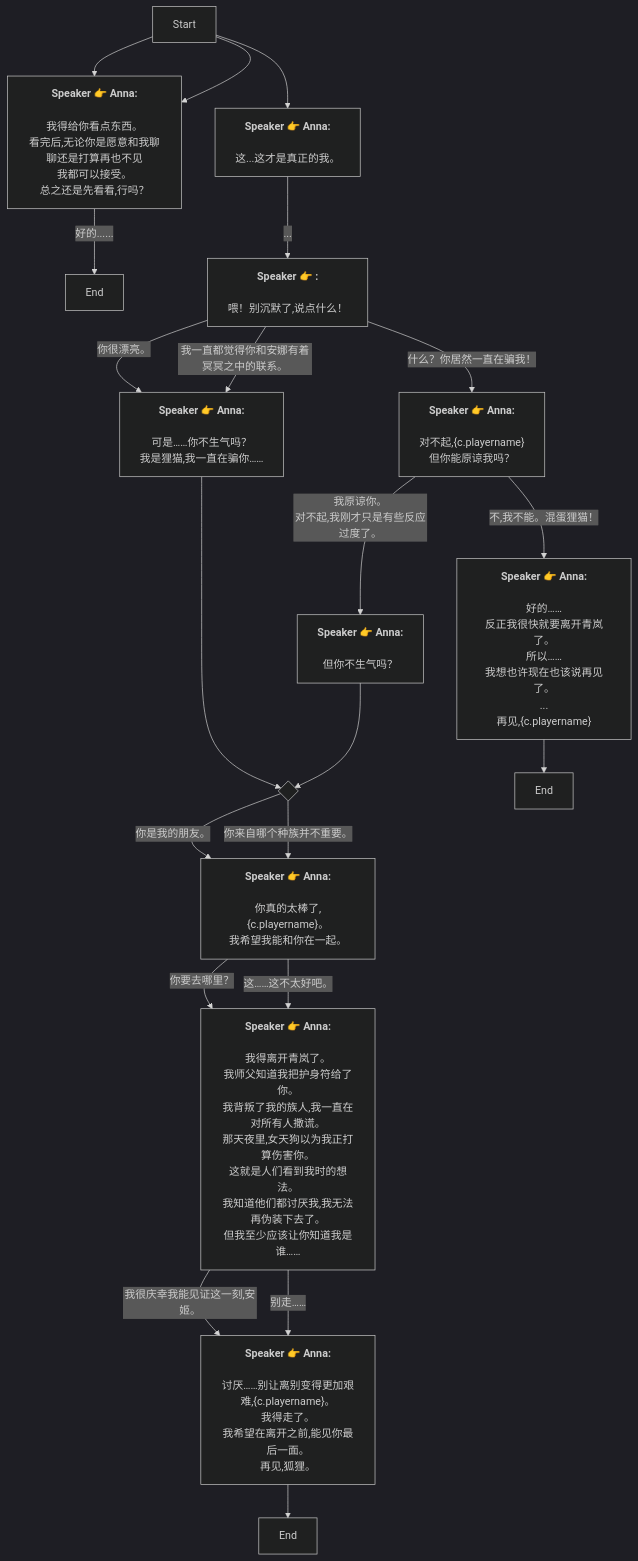
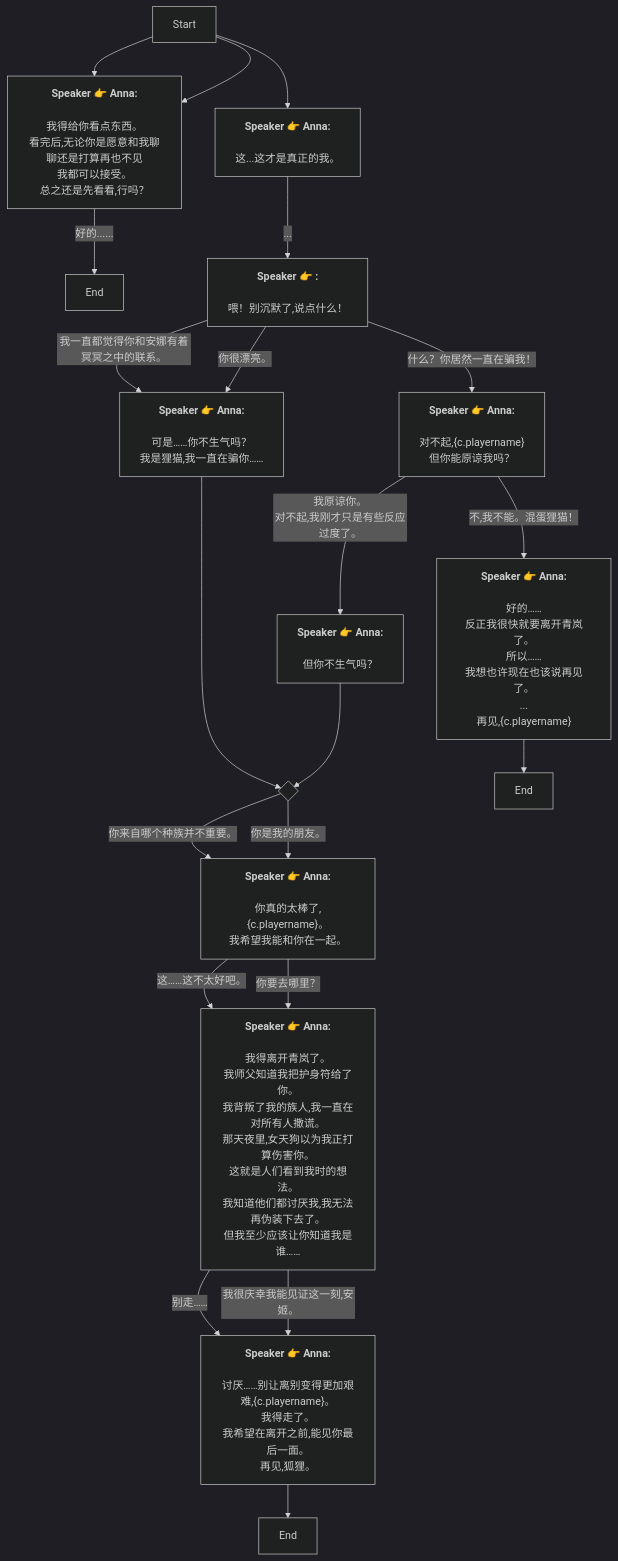
The diagram in Zh/heart_4_6_2_8.md (SoftHu/tos_avg), drawn with Mermaid (dark theme) before and after one commit. The commit also changed other lines of this file and 780 other files, not shown here.

````diff
--- a/Zh/heart_4_6_2_8.md
+++ b/Zh/heart_4_6_2_8.md
@@ -1,45 +1,45 @@
 ```mermaid
 graph
 Start -->1766672157337891[<b>Speaker 👉 Anna:</b>
 \n我得给你看点东西。\n看完后,无论你是愿意和我聊聊还是打算再也不见
 我都可以接受。\n总之还是先看看,行吗？]
 Start -->1766672157337891[<b>Speaker 👉 Anna:</b>
 \n我得给你看点东西。\n看完后,无论你是愿意和我聊聊还是打算再也不见
 我都可以接受。\n总之还是先看看,行吗？]
 1766672157337891 -->|好的......|1766681055228200[End]
 Start -->1766681208037674[<b>Speaker 👉 Anna:</b>
 \n这...这才是真正的我。]
 1766681208037674 -->|...|1766683664729456[<b>Speaker 👉 :</b>
 \n喂！别沉默了,说点什么！]
+1766683664729456 -->|我一直都觉得你和安娜有着冥冥之中的联系。|1766683755688306[<b>Speaker 👉 Anna:</b>
+\n可是……你不生气吗？\n我是狸猫,我一直在骗你……]
 1766683664729456 -->|什么？你居然一直在骗我！|1766683789556083[<b>Speaker 👉 Anna:</b>
 \n对不起,&lbrace;c.playername&rbrace;
 但你能原谅我吗？]
 1766683664729456 -->|你很漂亮。|1766683755688306[<b>Speaker 👉 Anna:</b>
 \n可是……你不生气吗？\n我是狸猫,我一直在骗你……]
-1766683664729456 -->|我一直都觉得你和安娜有着冥冥之中的联系。|1766683755688306[<b>Speaker 👉 Anna:</b>
-\n可是……你不生气吗？\n我是狸猫,我一直在骗你……]
 1766683755688306 -->441670938922076{ }
+1766685693769091 -->|这……这不太好吧。|1766685732531593[<b>Speaker 👉 Anna:</b>
+\n我得离开青岚了。\n我师父知道我把护身符给了你。\n我背叛了我的族人,我一直在对所有人撒谎。\n那天夜里,女天狗以为我正打算伤害你。\n这就是人们看到我时的想法。\n我知道他们都讨厌我,我无法再伪装下去了。\n但我至少应该让你知道我是谁……]
 1766685693769091 -->|你要去哪里？|1766685732531593[<b>Speaker 👉 Anna:</b>
 \n我得离开青岚了。\n我师父知道我把护身符给了你。\n我背叛了我的族人,我一直在对所有人撒谎。\n那天夜里,女天狗以为我正打算伤害你。\n这就是人们看到我时的想法。\n我知道他们都讨厌我,我无法再伪装下去了。\n但我至少应该让你知道我是谁……]
-1766685693769091 -->|这……这不太好吧。|1766685732531593[<b>Speaker 👉 Anna:</b>
-\n我得离开青岚了。\n我师父知道我把护身符给了你。\n我背叛了我的族人,我一直在对所有人撒谎。\n那天夜里,女天狗以为我正打算伤害你。\n这就是人们看到我时的想法。\n我知道他们都讨厌我,我无法再伪装下去了。\n但我至少应该让你知道我是谁……]
+1766685732531593 -->|别走……|1766685833229711[<b>Speaker 👉 Anna:</b>
+\n讨厌……别让离别变得更加艰难,&lbrace;c.playername&rbrace;。\n我得走了。\n我希望在离开之前,能见你最后一面。\n再见,狐狸。]
 1766685732531593 -->|我很庆幸我能见证这一刻,安姬。|1766685833229711[<b>Speaker 👉 Anna:</b>
 \n讨厌……别让离别变得更加艰难,&lbrace;c.playername&rbrace;。\n我得走了。\n我希望在离开之前,能见你最后一面。\n再见,狐狸。]
-1766685732531593 -->|别走……|1766685833229711[<b>Speaker 👉 Anna:</b>
-\n讨厌……别让离别变得更加艰难,&lbrace;c.playername&rbrace;。\n我得走了。\n我希望在离开之前,能见你最后一面。\n再见,狐狸。]
 1766685833229711 -->1766685840648592[End]
-1766683789556083 -->|不,我不能。混蛋狸猫！|1766685169377657[<b>Speaker 👉 Anna:</b>
-\n好的……\n反正我很快就要离开青岚了。\n所以……\n我想也许现在也该说再见了。\n...\n再见,&lbrace;c.playername&rbrace;]
 1766683789556083 -->|我原谅你。
 对不起,我刚才只是有些反应过度了。|1766685230215547[<b>Speaker 👉 Anna:</b>
 \n但你不生气吗？]
+1766683789556083 -->|不,我不能。混蛋狸猫！|1766685169377657[<b>Speaker 👉 Anna:</b>
+\n好的……\n反正我很快就要离开青岚了。\n所以……\n我想也许现在也该说再见了。\n...\n再见,&lbrace;c.playername&rbrace;]
 1766685169377657 -->1766685341910398[End]
-441670938922076 -->|你是我的朋友。|1766685693769091[<b>Speaker 👉 Anna:</b>
+441670938922076 -->|你来自哪个种族并不重要。|1766685693769091[<b>Speaker 👉 Anna:</b>
 \n你真的太棒了,&lbrace;c.playername&rbrace;。
 我希望我能和你在一起。]
-441670938922076 -->|你来自哪个种族并不重要。|1766685693769091[<b>Speaker 👉 Anna:</b>
+441670938922076 -->|你是我的朋友。|1766685693769091[<b>Speaker 👉 Anna:</b>
 \n你真的太棒了,&lbrace;c.playername&rbrace;。
 我希望我能和你在一起。]
 1766685230215547 -->441670938922076{ }
 
 ```
````
